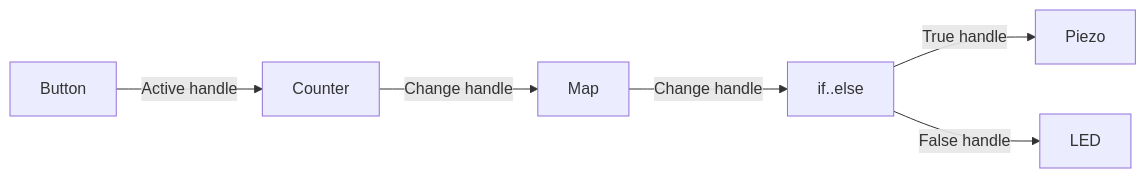
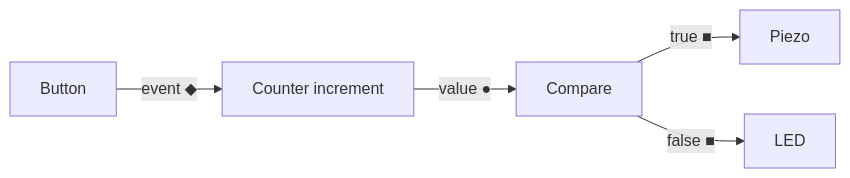
One commit to xiduzo/microflow changed the third of 3 diagrams in apps/fumadocs/content/docs/microflow-studio/edges.mdx. Above: the diagram before and after it, drawn with Mermaid. The commit also changed other lines of this file and 118 other files, not shown here.

````diff
--- a/apps/fumadocs/content/docs/microflow-studio/edges.mdx
+++ b/apps/fumadocs/content/docs/microflow-studio/edges.mdx
@@ -53,8 +75,7 @@
 ```mermaid
 flowchart LR
-    A[Button] -- Active handle --> B[Counter]
-    B -- Change handle --> C[Map]
-    C -- Change handle --> D[if..else]
-    D -->|True handle| E[Piezo]
-    D -->|False handle| F[LED]
+    A[Button] -- "event ◆" --> B[Counter increment]
+    B -- "value ●" --> C[Compare]
+    C -- "true ■" --> D[Piezo]
+    C -- "false ■" --> E[LED]
 ```
````
